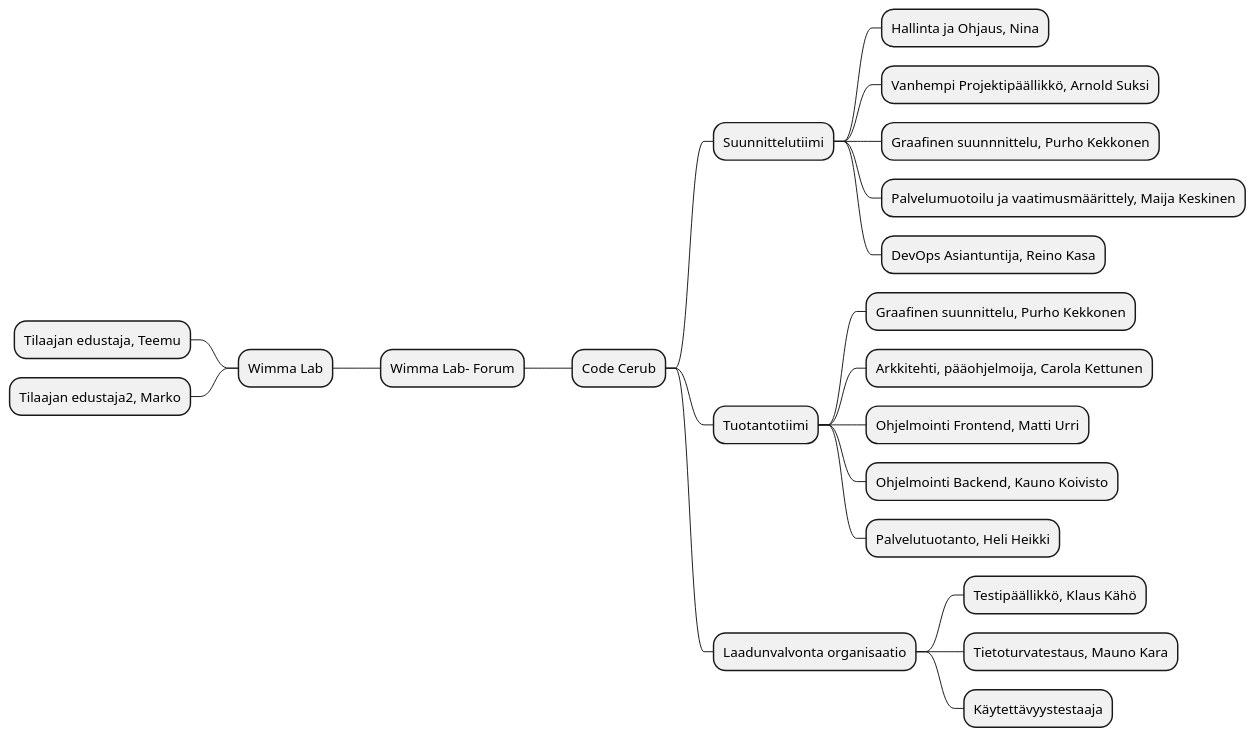
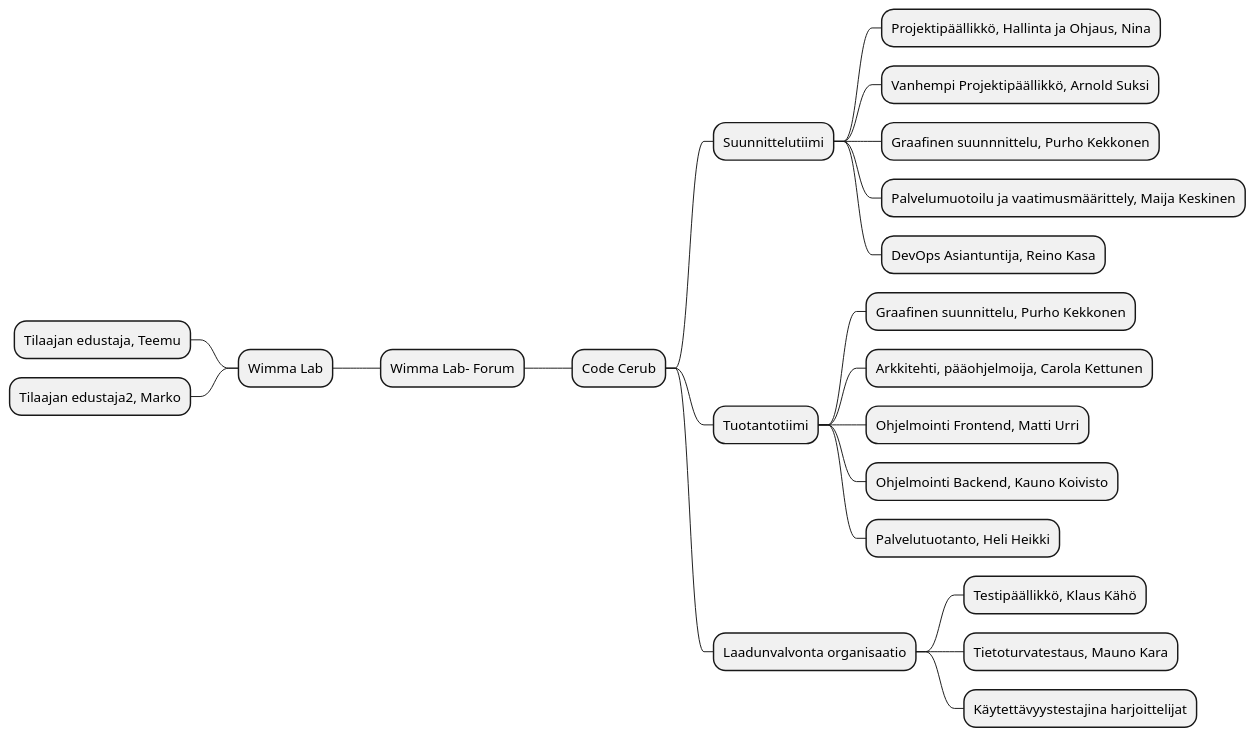
One commit to ninaleo/S2021-AB5160-core changed the second of 3 diagrams in dokumentit/10-Projektihallinta/projektisuunnitelma.md. Above: the diagram before and after it, drawn with PlantUML. The commit also changed other lines of this file, not shown here.

````diff
--- a/dokumentit/10-Projektihallinta/projektisuunnitelma.md
+++ b/dokumentit/10-Projektihallinta/projektisuunnitelma.md
@@ -158,25 +136,25 @@
 ```plantuml
 @startmindmap
 - Wimma Lab- Forum
 ++ Code Cerub
 +++ Suunnittelutiimi
-++++ Hallinta ja Ohjaus, Nina
+++++ Projektipäällikkö, Hallinta ja Ohjaus, Nina
 ++++ Vanhempi Projektipäällikkö, Arnold Suksi
 ++++ Graafinen suunnnittelu, Purho Kekkonen
 ++++ Palvelumuotoilu ja vaatimusmäärittely, Maija Keskinen
 ++++ DevOps Asiantuntija, Reino Kasa
 +++ Tuotantotiimi
 ++++ Graafinen suunnittelu, Purho Kekkonen
 ++++ Arkkitehti, pääohjelmoija, Carola Kettunen
 ++++ Ohjelmointi Frontend, Matti Urri
 ++++ Ohjelmointi Backend, Kauno Koivisto
 ++++ Palvelutuotanto, Heli Heikki
 -- Wimma Lab
 --- Tilaajan edustaja, Teemu
 +++ Laadunvalvonta organisaatio
 ++++ Testipäällikkö, Klaus Kähö
 ++++ Tietoturvatestaus, Mauno Kara
-++++ Käytettävyystestaaja
+++++ Käytettävyystestajina harjoittelijat
 --- Tilaajan edustaja2, Marko
 @endmindmap
 ```
````
